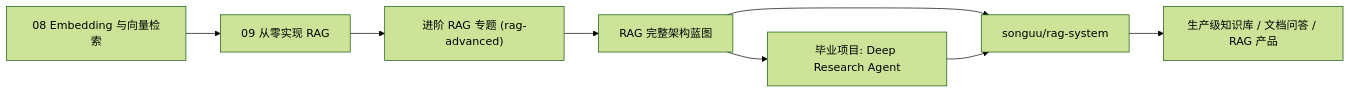
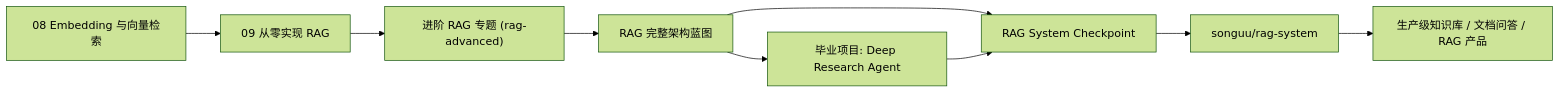
The diagram in docs/rag-system-project.md (songuu/agent), drawn with Mermaid (forest theme) before and after one commit. The commit also changed other lines of this file and 58 other files, not shown here.

````diff
--- a/docs/rag-system-project.md
+++ b/docs/rag-system-project.md
@@ -12,10 +12,11 @@
 ```mermaid
 flowchart LR
   A["08 Embedding 与向量检索"] --> B["09 从零实现 RAG"]
   B --> R["进阶 RAG 专题 (rag-advanced)"]
   R --> X["RAG 完整架构蓝图"]
   X --> C["毕业项目: Deep Research Agent"]
-  X --> D["songuu/rag-system"]
-  C --> D
+  X --> K["RAG System Checkpoint"]
+  C --> K
+  K --> D["songuu/rag-system"]
   D --> E["生产级知识库 / 文档问答 / RAG 产品"]
 ```
````
